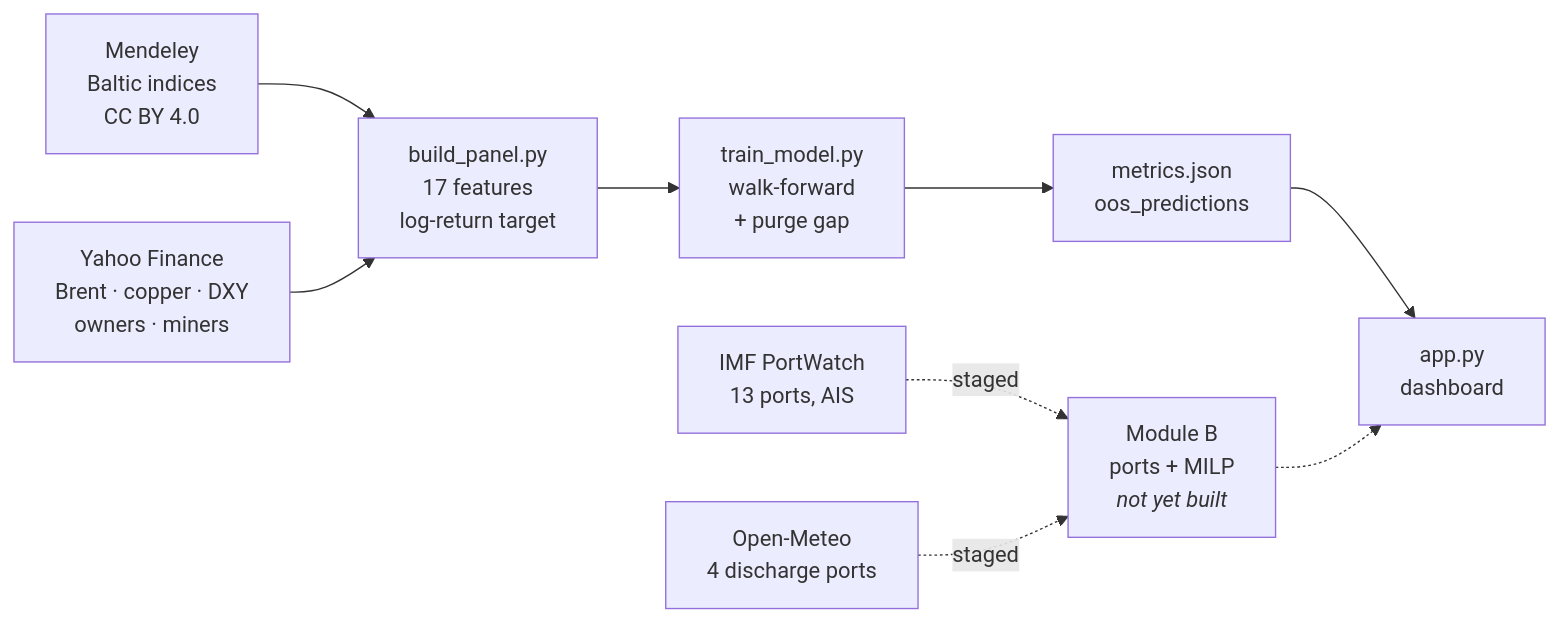
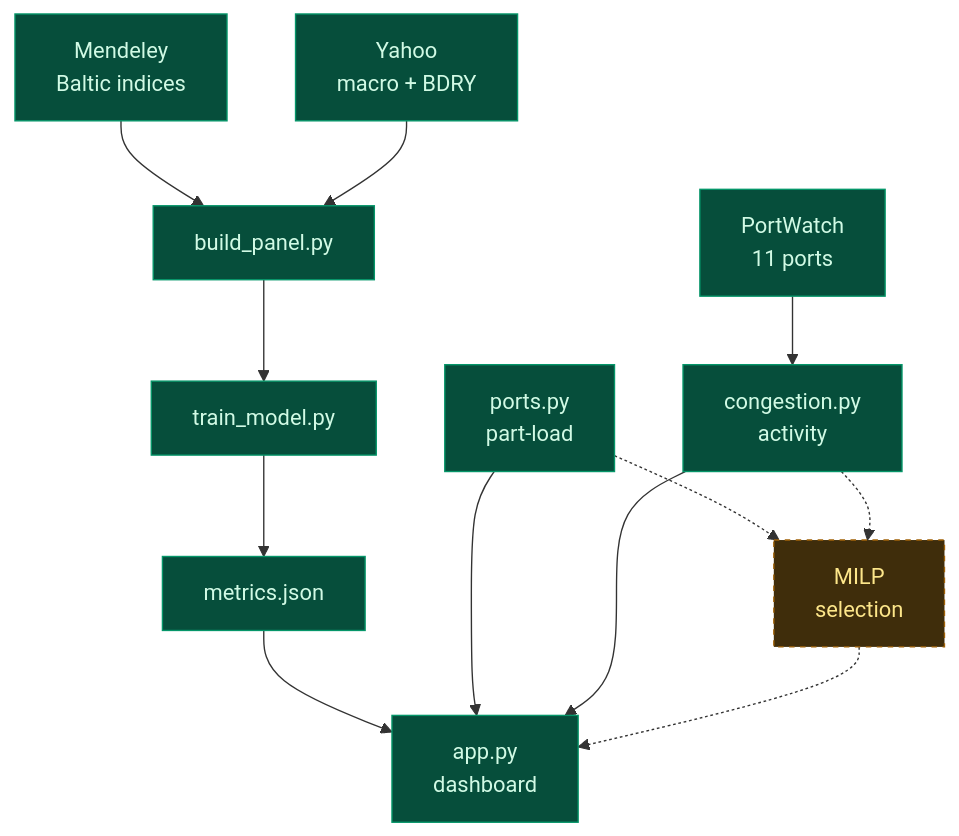
One commit to murthyroshan/Freight-Forecasting changed the diagram in README.md. Above: the diagram before and after it, drawn with Mermaid. The commit also changed other lines of this file and 8 other files, not shown here.

First line of the commit message:
Add Module B: port constraints and live port activity

````diff
--- a/README.md
+++ b/README.md
@@ -81,11 +85,19 @@
 ```mermaid
-flowchart LR
-    A["Mendeley<br/>Baltic indices<br/>CC BY 4.0"] --> P
-    B["Yahoo Finance<br/>Brent · copper · DXY<br/>owners · miners"] --> P
-    C["IMF PortWatch<br/>13 ports, AIS"] -.staged.-> M
-    D["Open-Meteo<br/>4 discharge ports"] -.staged.-> M
-    P["build_panel.py<br/>17 features<br/>log-return target"] --> T
-    T["train_model.py<br/>walk-forward<br/>+ purge gap"] --> R["metrics.json<br/>oos_predictions"]
+flowchart TD
+    A["Mendeley<br/>Baltic indices"] --> P["build_panel.py"]
+    B["Yahoo<br/>macro + BDRY"] --> P
+    P --> T["train_model.py"]
+    T --> R["metrics.json"]
     R --> F["app.py<br/>dashboard"]
-    M["Module B<br/>ports + MILP<br/><i>not yet built</i>"] -.-> F
+    S["ports.py<br/>part-load"] --> F
+    C["PortWatch<br/>11 ports"] --> N["congestion.py<br/>activity"]
+    N --> F
+    S -.-> G["MILP<br/>selection"]
+    N -.-> G
+    G -.-> F
+
+    classDef done fill:#064e3b,stroke:#059669,color:#d1fae5
+    classDef todo fill:#3f2d0b,stroke:#a16207,color:#fde68a,stroke-dasharray:4
+    class A,B,P,T,R,F,S,C,N done
+    class G todo
 ```
````
